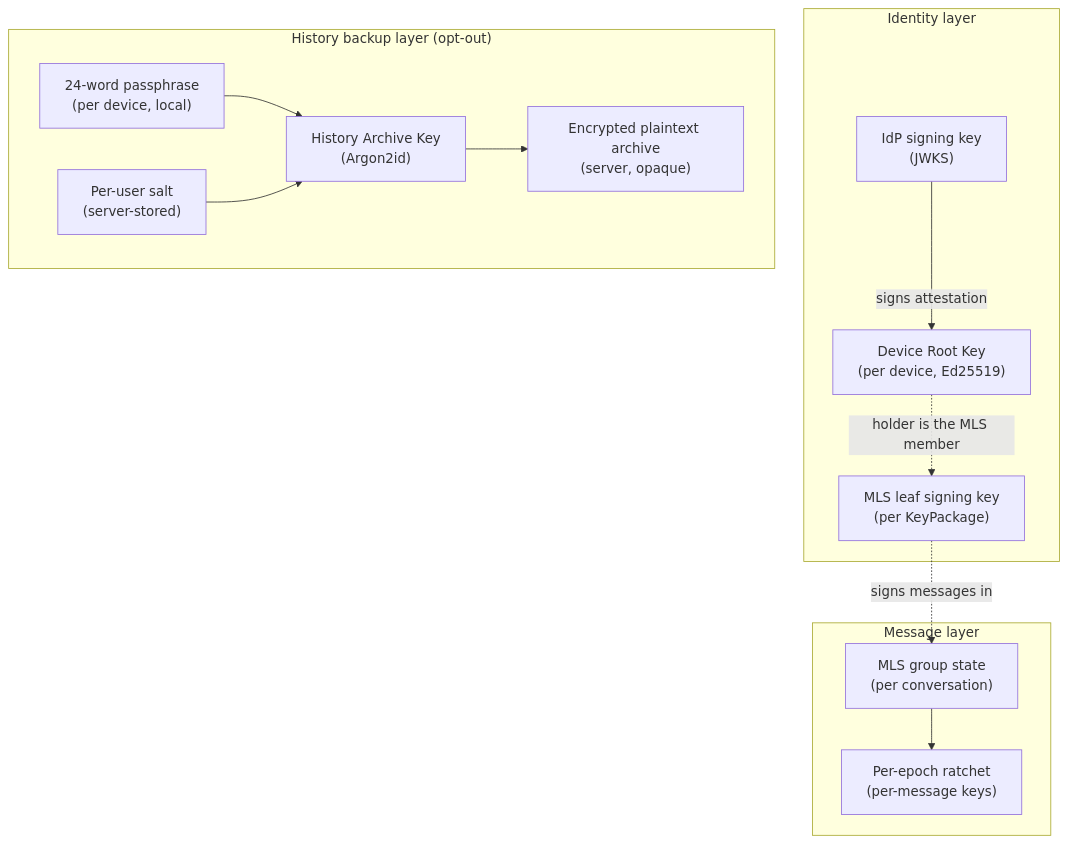
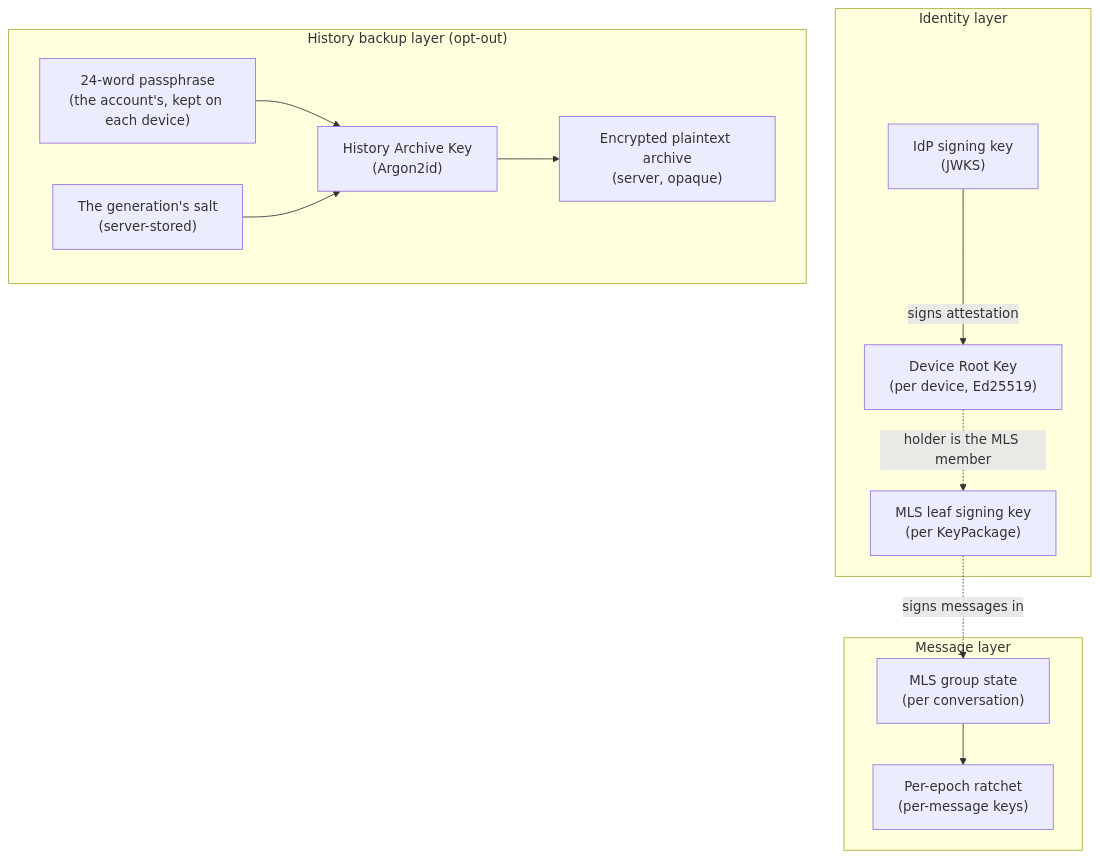
Before and after one commit to Pina-i/pinai: the first of 14 diagrams in identity-provider/specs/e2ee.md, drawn with Mermaid. The commit also changed other lines of this file and 40 other files, not shown here.

````diff
--- a/identity-provider/specs/e2ee.md
+++ b/identity-provider/specs/e2ee.md
@@ -35,25 +35,25 @@
 ```mermaid
 flowchart TB
     subgraph identity ["Identity layer"]
         IdP["IdP signing key<br/>(JWKS)"]
         DRK["Device Root Key<br/>(per device, Ed25519)"]
         Leaf["MLS leaf signing key<br/>(per KeyPackage)"]
         IdP -->|signs attestation| DRK
         DRK -.->|holder is the MLS member| Leaf
     end
     subgraph message ["Message layer"]
         MLS["MLS group state<br/>(per conversation)"]
         Ratchet["Per-epoch ratchet<br/>(per-message keys)"]
         MLS --> Ratchet
     end
     subgraph history ["History backup layer (opt-out)"]
-        Pass["24-word passphrase<br/>(per device, local)"]
-        Salt["Per-user salt<br/>(server-stored)"]
+        Pass["24-word passphrase<br/>(the account's, kept on each device)"]
+        Salt["The generation's salt<br/>(server-stored)"]
         HAK["History Archive Key<br/>(Argon2id)"]
         Archive["Encrypted plaintext archive<br/>(server, opaque)"]
         Pass --> HAK
         Salt --> HAK
         HAK --> Archive
     end
     Leaf -.->|signs messages in| MLS
 ```
````
